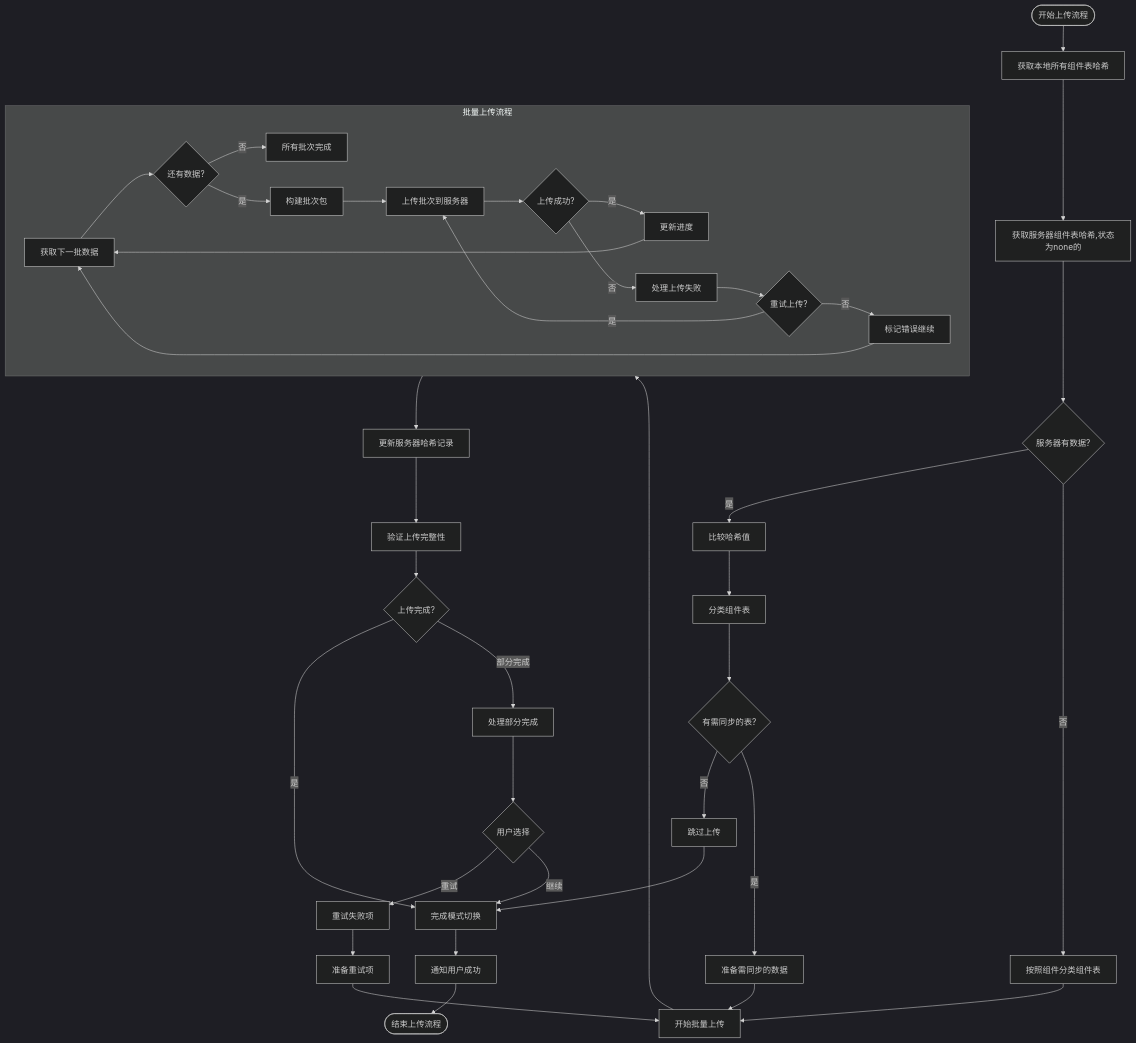
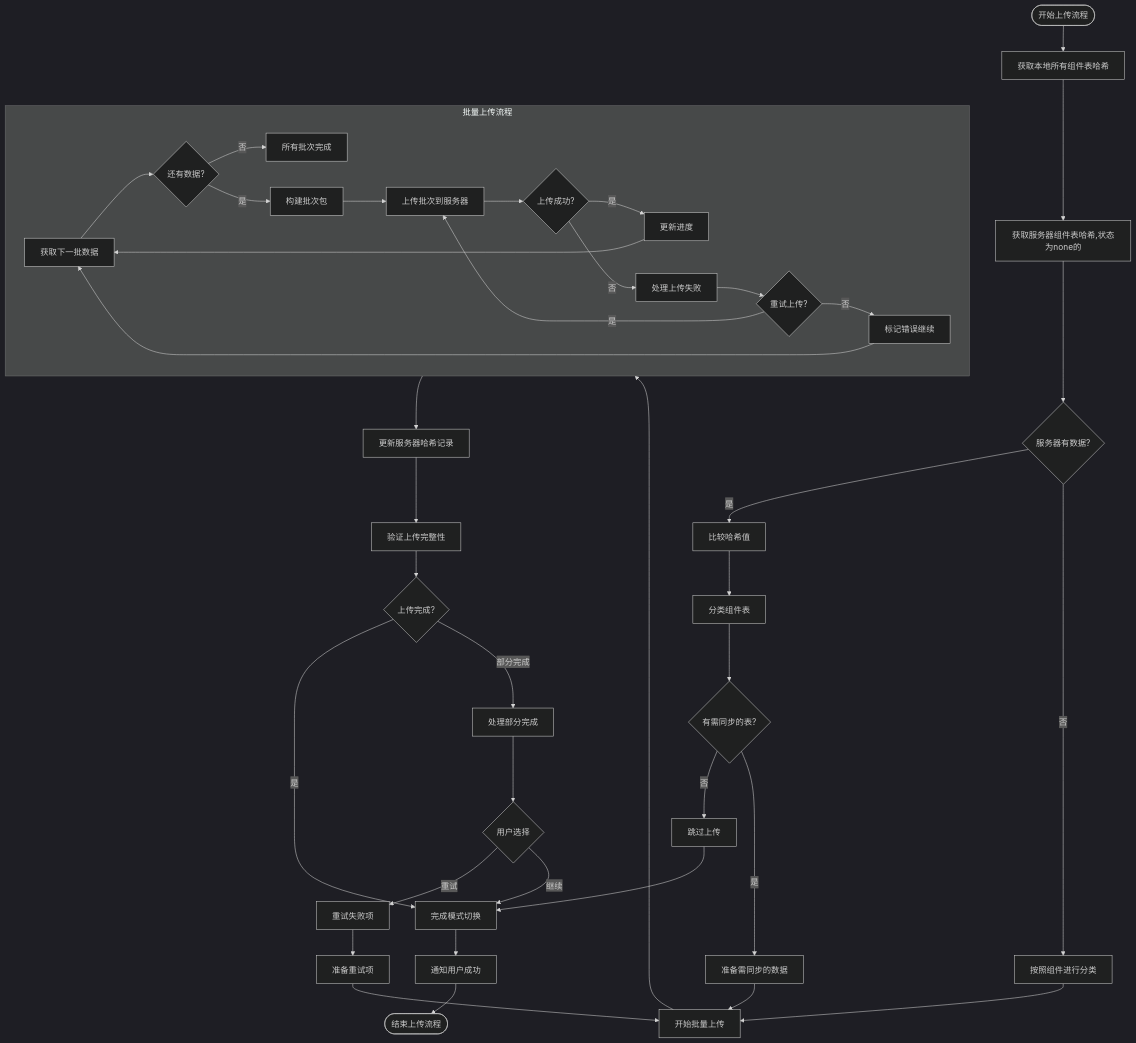
Before and after one commit to yingjianzh/iodraw-files: the diagram in all/未命名-50.md, drawn with Mermaid (dark theme).

Commit message:
2025-05-08 17:12:03 update

````diff
--- a/all/未命名-50.md
+++ b/all/未命名-50.md
@@ -1,56 +1,56 @@
 ```mermaid
 flowchart TD
     Start([开始上传流程]) --> CollectLocalHashes[获取本地所有组件表哈希]
     CollectLocalHashes --> FetchServerHashes[获取服务器组件表哈希,状态为none的]
     
     FetchServerHashes --> ServerHasData{服务器有数据?}
     
     ServerHasData -->|是| CompareHashes[比较哈希值]
-    ServerHasData -->|否| ClassifyTables2[按照组件分类组件表]
+    ServerHasData -->|否| ClassifyTables2[按照组件进行分类]
     ClassifyTables2 --> StartBatching[开始批量上传]
     
     CompareHashes --> ClassifyTables[分类组件表]
     ClassifyTables --> HasChanges{有需同步的表?}
     
     HasChanges -->|否| SkipUpload[跳过上传]
     HasChanges -->|是| PrepareChangedData[准备需同步的数据]
     
     
     PrepareChangedData --> StartBatching
     
     subgraph BatchUpload [批量上传流程]
         B1[获取下一批数据] --> B2{还有数据?}
         B2 -->|否| BatchesComplete[所有批次完成]
         B2 -->|是| B3[构建批次包]
         B3 --> B4[上传批次到服务器]
         B4 --> B5{上传成功?}
         B5 -->|是| B6[更新进度]
         B5 -->|否| B7[处理上传失败]
         B7 --> B8{重试上传?}
         B8 -->|是| B4
         B8 -->|否| B9[标记错误继续]
         B6 --> B1
         B9 --> B1
     end
     
     StartBatching --> BatchUpload
     
     BatchUpload --> UpdateServerHashes[更新服务器哈希记录]
     UpdateServerHashes --> VerifyUpload[验证上传完整性]
     
     VerifyUpload --> UploadComplete{上传完成?}
     UploadComplete -->|是| FinalizeMode[完成模式切换]
     UploadComplete -->|部分完成| HandlePartial[处理部分完成]
     
     HandlePartial --> UserChoice{用户选择}
     UserChoice -->|重试| RetryFailed[重试失败项]
     UserChoice -->|继续| FinalizeMode
     
     RetryFailed --> PrepareRetry[准备重试项]
     PrepareRetry --> StartBatching
     
     FinalizeMode --> NotifySuccess[通知用户成功]
     NotifySuccess --> End([结束上传流程])
     
     SkipUpload --> FinalizeMode
 ```
````
